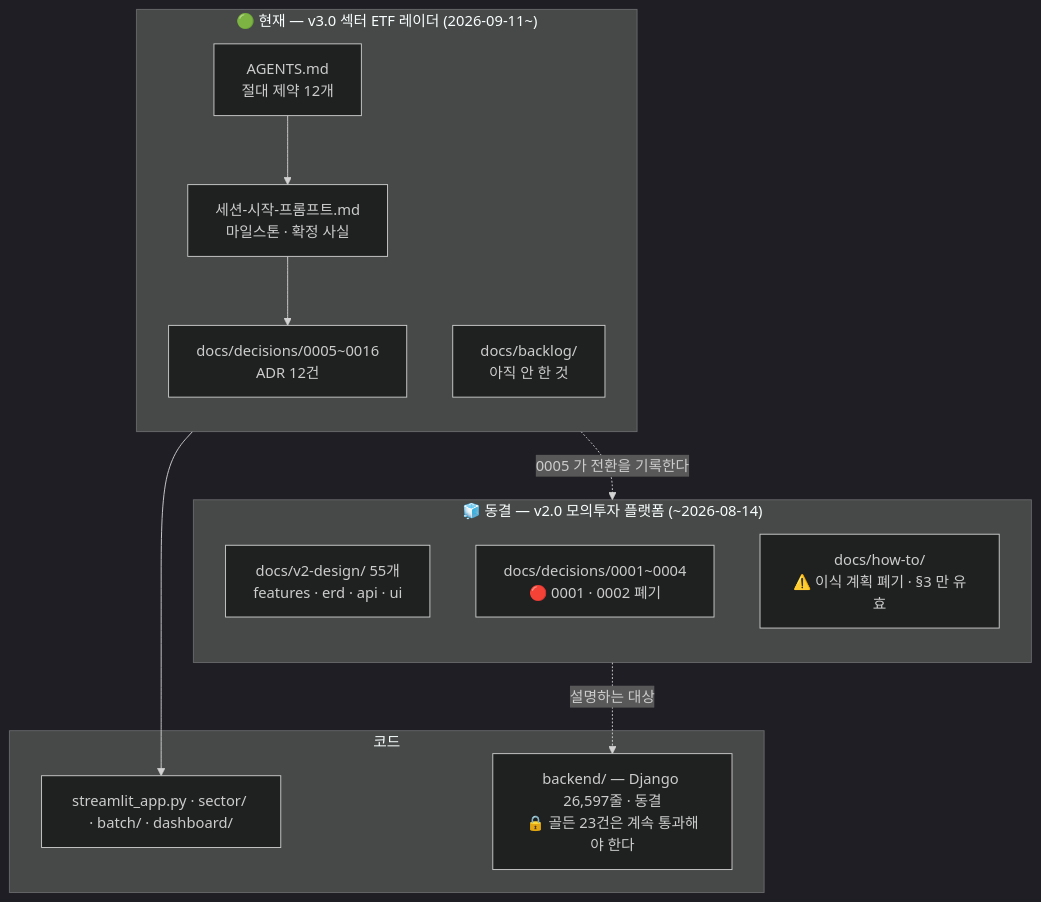
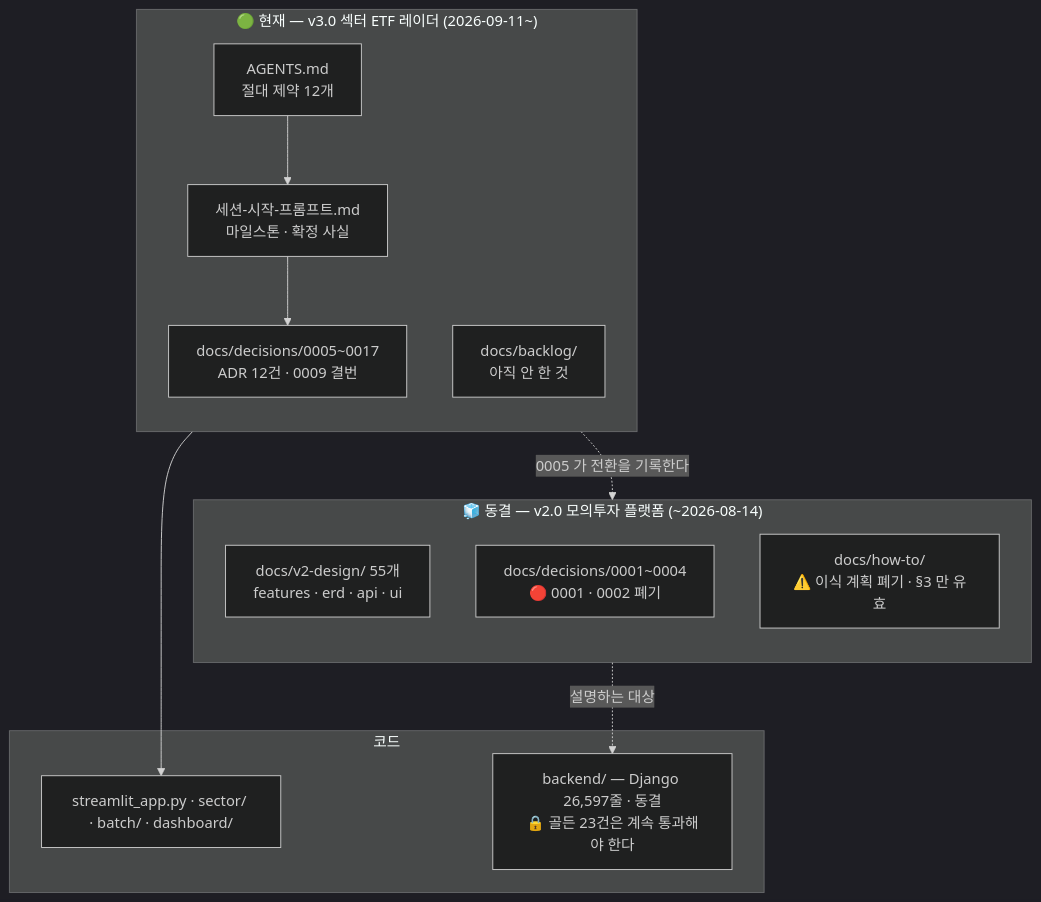
The diagram in docs/README.md (EST-Bootcamp-Dongwon/stock-coin-trade), drawn with Mermaid (dark theme) before and after one commit. The commit also changed other lines of this file and 10 other files, not shown here.

````diff
--- a/docs/README.md
+++ b/docs/README.md
@@ -25,24 +25,24 @@
 ```mermaid
 flowchart TB
   subgraph NOW["🟢 현재 — v3.0 섹터 ETF 레이더 (2026-09-11~)"]
     direction TB
     A["AGENTS.md<br/>절대 제약 12개"]
     S["세션-시작-프롬프트.md<br/>마일스톤 · 확정 사실"]
-    D["docs/decisions/0005~0016<br/>ADR 12건"]
+    D["docs/decisions/0005~0017<br/>ADR 12건 · 0009 결번"]
     B["docs/backlog/<br/>아직 안 한 것"]
     A --> S --> D
   end
   subgraph FROZEN["🧊 동결 — v2.0 모의투자 플랫폼 (~2026-08-14)"]
     direction TB
     V["docs/v2-design/ 55개<br/>features · erd · api · ui"]
     O["docs/decisions/0001~0004<br/>🔴 0001 · 0002 폐기"]
     H["docs/how-to/<br/>⚠️ 이식 계획 폐기 · §3 만 유효"]
   end
   subgraph CODE["코드"]
     C3["streamlit_app.py · sector/ · batch/ · dashboard/"]
     C2["backend/ — Django 26,597줄 · 동결<br/>🔒 골든 23건은 계속 통과해야 한다"]
   end
   NOW --> C3
   FROZEN -. "설명하는 대상" .-> C2
   D -. "0005 가 전환을 기록한다" .-> FROZEN
 ```
````
